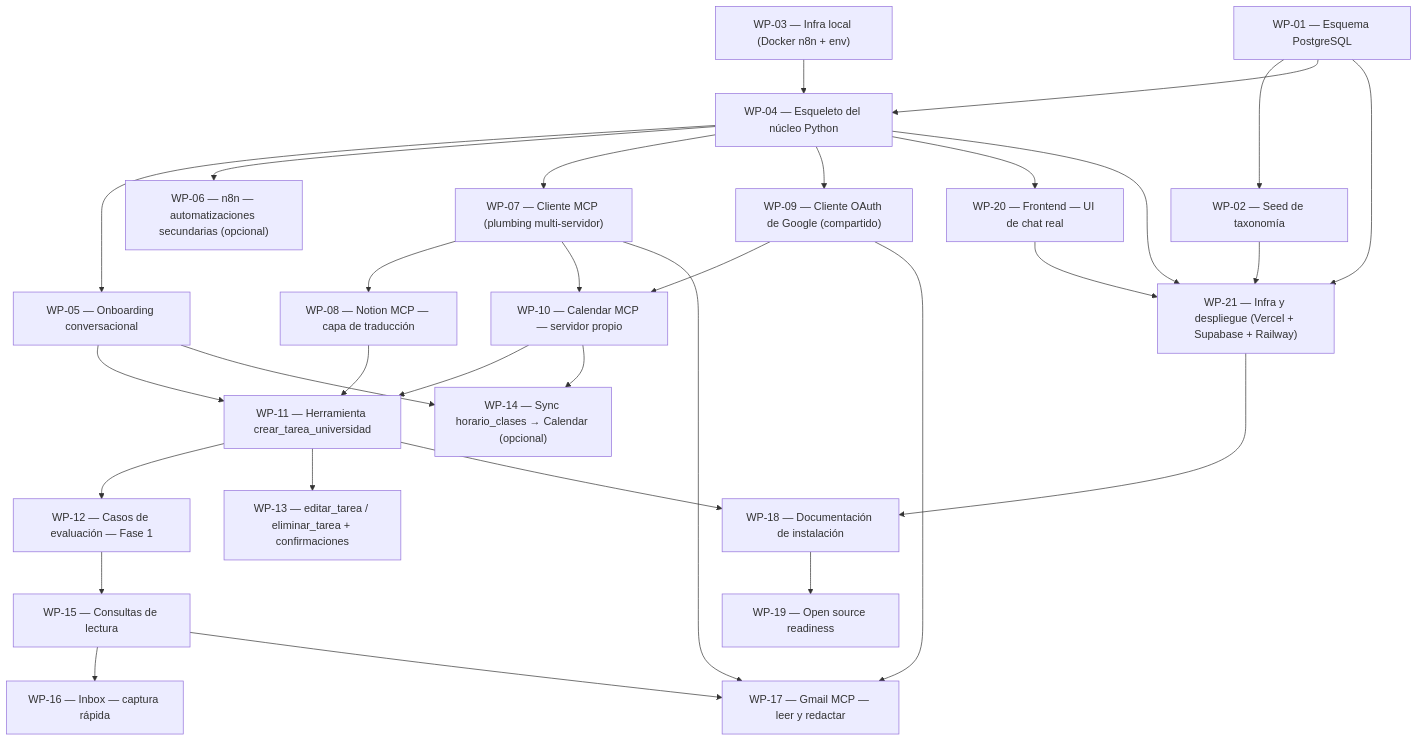
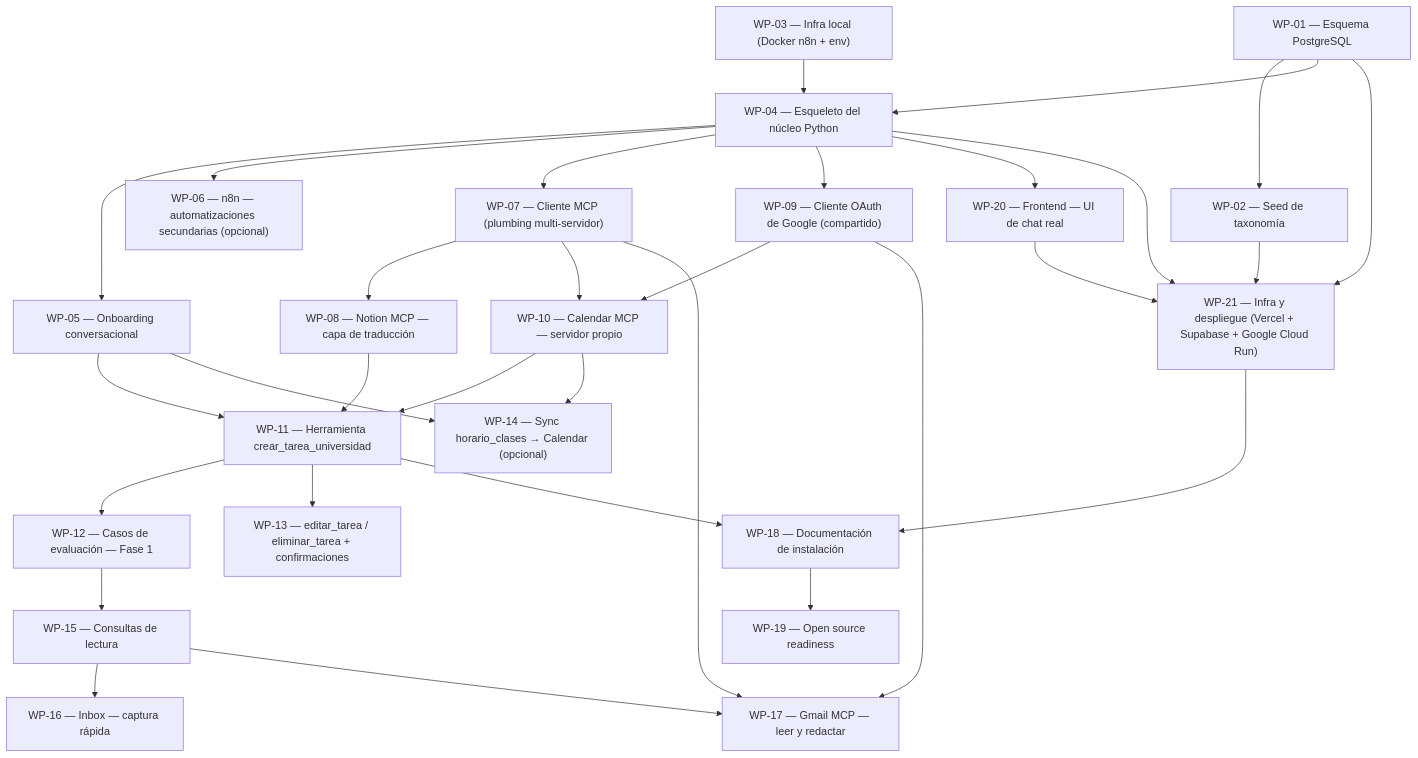
Before and after one commit to Hammad-Bellachhab/agente-planificador: the diagram in docs/prds/ROADMAP.md, drawn with Mermaid. The commit also changed other lines of this file and 7 other files, not shown here.

Commit message:
Sustituye Railway por Google Cloud Run en toda la doc (README, CLAUDE.md, WPs, roadmap)

````diff
--- a/docs/prds/ROADMAP.md
+++ b/docs/prds/ROADMAP.md
@@ -5,54 +5,54 @@
 ```mermaid
 graph TD
   WP-01["WP-01 — Esquema PostgreSQL"]
   WP-02["WP-02 — Seed de taxonomía"]
   WP-03["WP-03 — Infra local (Docker n8n + env)"]
   WP-04["WP-04 — Esqueleto del núcleo Python"]
   WP-05["WP-05 — Onboarding conversacional"]
   WP-06["WP-06 — n8n — automatizaciones secundarias (opcional)"]
   WP-07["WP-07 — Cliente MCP (plumbing multi-servidor)"]
   WP-08["WP-08 — Notion MCP — capa de traducción"]
   WP-09["WP-09 — Cliente OAuth de Google (compartido)"]
   WP-10["WP-10 — Calendar MCP — servidor propio"]
   WP-11["WP-11 — Herramienta crear_tarea_universidad"]
   WP-12["WP-12 — Casos de evaluación — Fase 1"]
   WP-13["WP-13 — editar_tarea / eliminar_tarea + confirmaciones"]
   WP-14["WP-14 — Sync horario_clases → Calendar (opcional)"]
   WP-15["WP-15 — Consultas de lectura"]
   WP-16["WP-16 — Inbox — captura rápida"]
   WP-17["WP-17 — Gmail MCP — leer y redactar"]
   WP-18["WP-18 — Documentación de instalación"]
   WP-19["WP-19 — Open source readiness"]
   WP-20["WP-20 — Frontend — UI de chat real"]
-  WP-21["WP-21 — Infra y despliegue (Vercel + Supabase + Railway)"]
+  WP-21["WP-21 — Infra y despliegue (Vercel + Supabase + Google Cloud Run)"]
   WP-01 --> WP-02
   WP-01 --> WP-04
   WP-03 --> WP-04
   WP-04 --> WP-05
   WP-04 --> WP-06
   WP-04 --> WP-07
   WP-07 --> WP-08
   WP-04 --> WP-09
   WP-09 --> WP-10
   WP-07 --> WP-10
   WP-08 --> WP-11
   WP-10 --> WP-11
   WP-05 --> WP-11
   WP-11 --> WP-12
   WP-11 --> WP-13
   WP-05 --> WP-14
   WP-10 --> WP-14
   WP-12 --> WP-15
   WP-15 --> WP-16
   WP-09 --> WP-17
   WP-07 --> WP-17
   WP-15 --> WP-17
   WP-11 --> WP-18
   WP-21 --> WP-18
   WP-18 --> WP-19
   WP-04 --> WP-20
   WP-01 --> WP-21
   WP-02 --> WP-21
   WP-04 --> WP-21
   WP-20 --> WP-21
 ```
````
